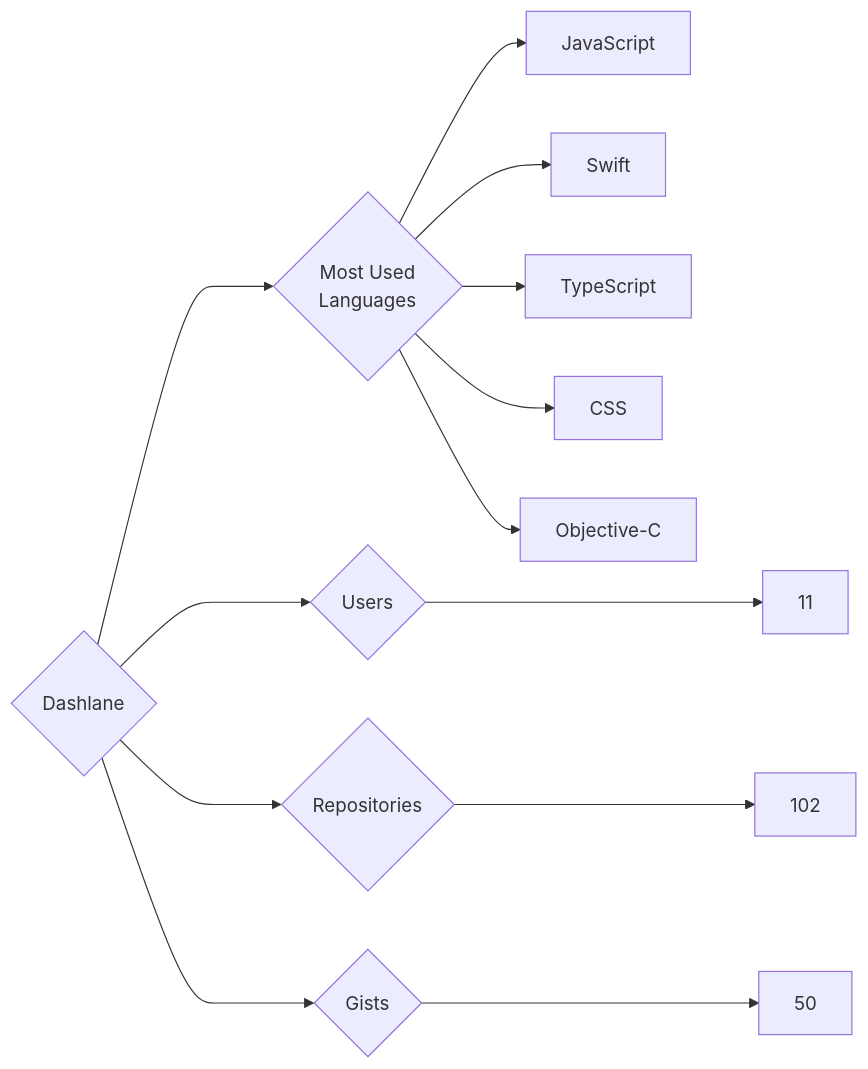
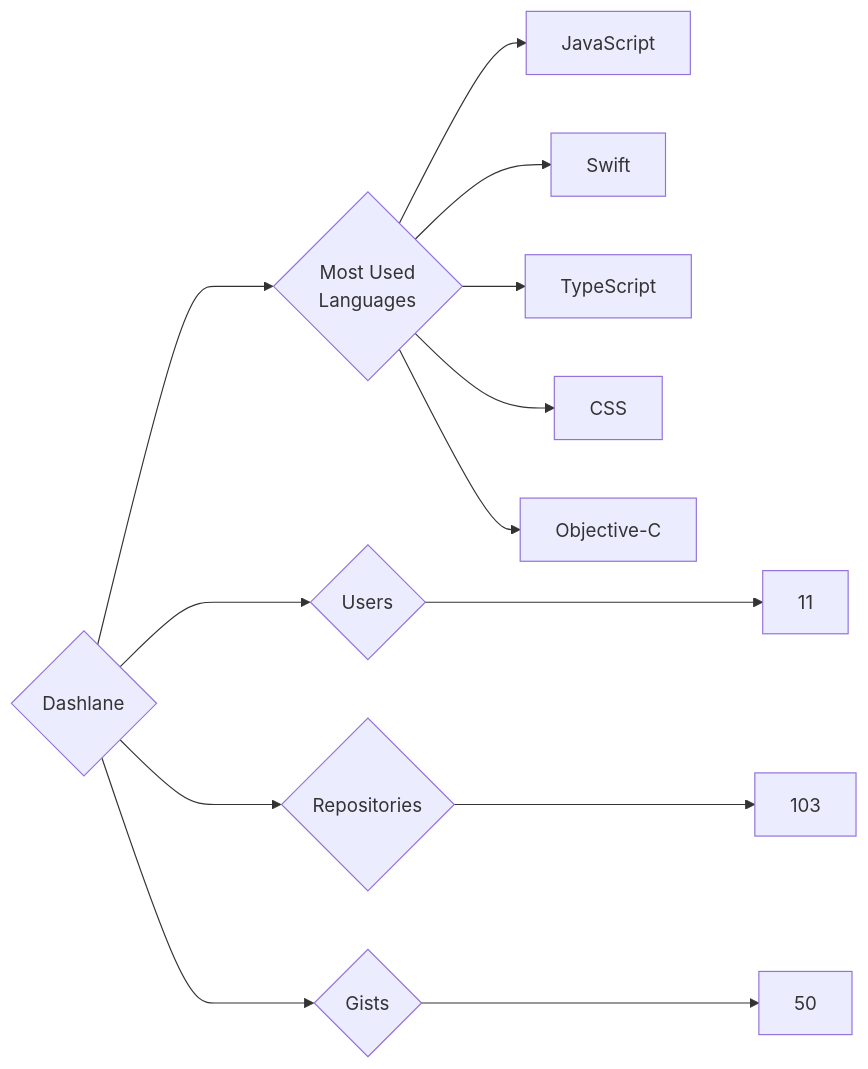
One commit to trickest/insiders changed the diagram in targets/Dashlane/README.md. Above: the diagram before and after it, drawn with Mermaid. The commit also changed 611 other files, not shown here.

````diff
--- a/targets/Dashlane/README.md
+++ b/targets/Dashlane/README.md
@@ -3,13 +3,13 @@
 ```mermaid
 graph LR
 COMPANY_NAME{Dashlane}
 COMPANY_NAME ---> U{Users} ---> UN[11]
-COMPANY_NAME ---> R{Repositories} ---> RN[102]
+COMPANY_NAME ---> R{Repositories} ---> RN[103]
 COMPANY_NAME ---> G{Gists} ---> GN[50]
 COMPANY_NAME ---> ML{Most Used<br>Languages}
 ML --> JavaScript[JavaScript]
 ML --> Swift[Swift]
 ML --> TypeScript[TypeScript]
 ML --> CSS[CSS]
 ML --> Objective-C[Objective-C]
 ```
````
